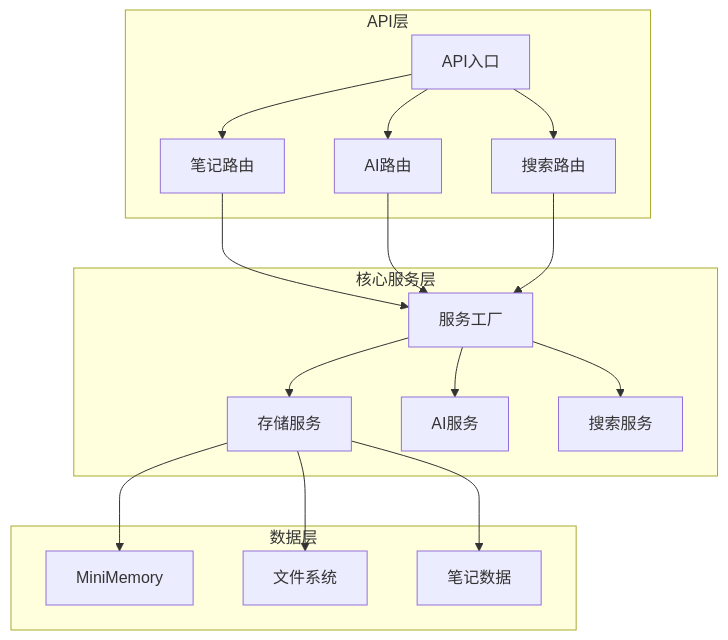
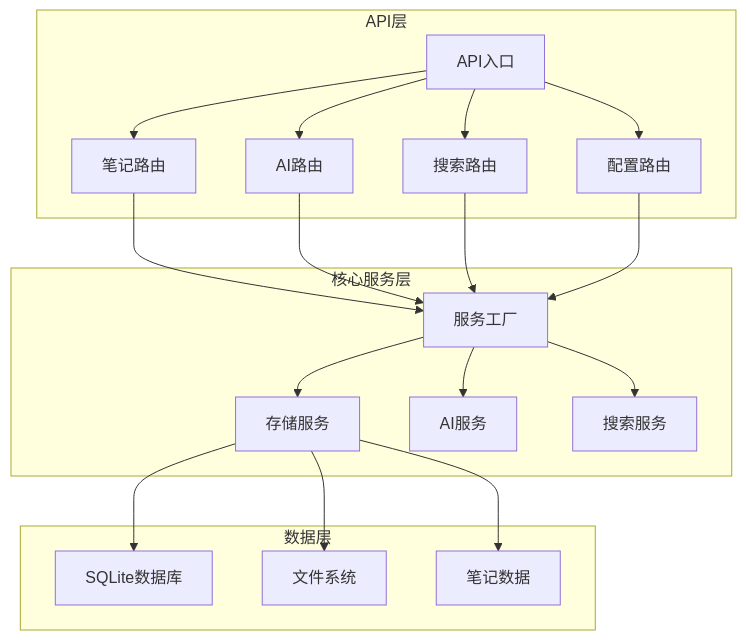
One commit to acproject/tomato_notebook changed the first of 5 diagrams in .qoder/repowiki/zh/content/API接口文档/API接口文档.md. Above: the diagram before and after it, drawn with Mermaid. The commit also changed other lines of this file and 14 other files, not shown here.

````diff
--- a/.qoder/repowiki/zh/content/API接口文档/API接口文档.md
+++ b/.qoder/repowiki/zh/content/API接口文档/API接口文档.md
@@ -40,32 +49,35 @@
 ```mermaid
 graph TB
 subgraph "API层"
 API[API入口]
 Notes[笔记路由]
 AI[AI路由]
 Search[搜索路由]
+Config[配置路由]
 end
 subgraph "核心服务层"
 Services[服务工厂]
 Storage[存储服务]
 AIService[AI服务]
 SearchService[搜索服务]
 end
 subgraph "数据层"
-Memory[MiniMemory]
+SQLite[SQLite数据库]
 FileSystem[文件系统]
 NotesData[笔记数据]
 end
 API --> Notes
 API --> AI
 API --> Search
+API --> Config
 Notes --> Services
 AI --> Services
 Search --> Services
+Config --> Services
 Services --> Storage
 Services --> AIService
 Services --> SearchService
-Storage --> Memory
+Storage --> SQLite
 Storage --> FileSystem
 Storage --> NotesData
 ```
````
